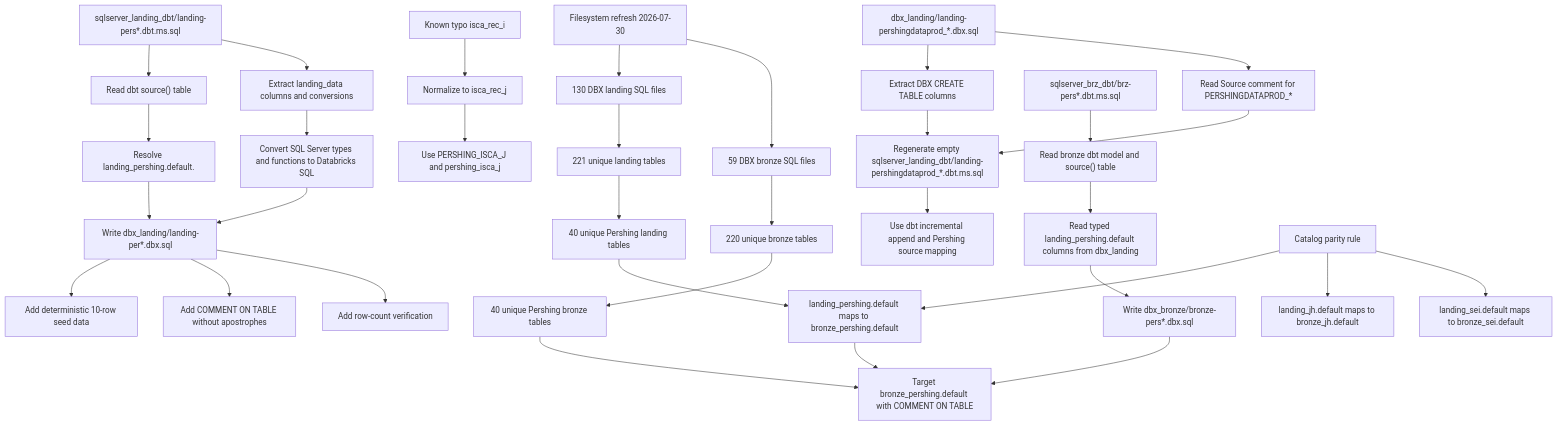
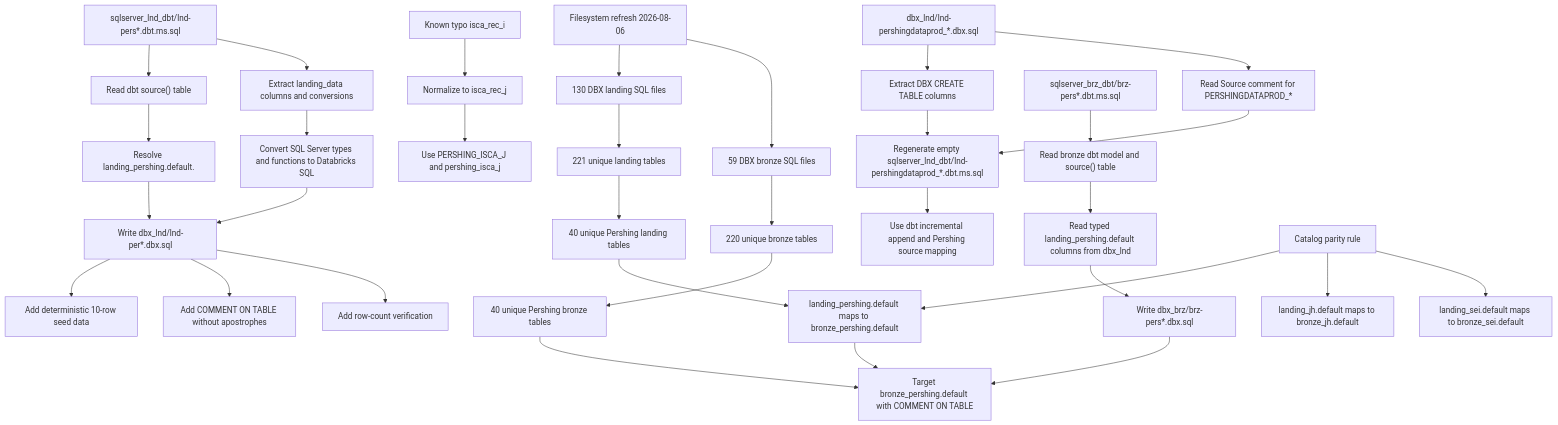
The first of 2 diagrams in README.md (enriqueescobar-it/bbank_dw), drawn with Mermaid before and after one commit. The commit also changed other lines of this file and 13 other files, not shown here.

````diff
--- a/README.md
+++ b/README.md
@@ -61,35 +63,35 @@
 ```mermaid
 flowchart TD
-    AA["Filesystem refresh 2026-07-30"] --> AB["130 DBX landing SQL files"]
+    AA["Filesystem refresh 2026-08-06"] --> AB["130 DBX landing SQL files"]
     AA --> AC["59 DBX bronze SQL files"]
     AB --> AD["221 unique landing tables"]
     AC --> AE["220 unique bronze tables"]
     AD --> AF["40 unique Pershing landing tables"]
     AE --> AG["40 unique Pershing bronze tables"]
-    A["sqlserver_landing_dbt/landing-pers*.dbt.ms.sql"] --> B["Read dbt source() table"]
+    A["sqlserver_lnd_dbt/lnd-pers*.dbt.ms.sql"] --> B["Read dbt source() table"]
     A --> C["Extract landing_data columns and conversions"]
     B --> D["Resolve landing_pershing.default.<source_table>"]
     C --> E["Convert SQL Server types and functions to Databricks SQL"]
-    D --> F["Write dbx_landing/landing-per*.dbx.sql"]
+    D --> F["Write dbx_lnd/lnd-per*.dbx.sql"]
     E --> F
     F --> G["Add deterministic 10-row seed data"]
     F --> H["Add COMMENT ON TABLE without apostrophes"]
     F --> I["Add row-count verification"]
     O["Known typo isca_rec_i"] --> P["Normalize to isca_rec_j"]
     P --> Q["Use PERSHING_ISCA_J and pershing_isca_j"]
-    J["dbx_landing/landing-pershingdataprod_*.dbx.sql"] --> K["Extract DBX CREATE TABLE columns"]
+    J["dbx_lnd/lnd-pershingdataprod_*.dbx.sql"] --> K["Extract DBX CREATE TABLE columns"]
     J --> L["Read Source comment for PERSHINGDATAPROD_*"]
-    K --> M["Regenerate empty sqlserver_landing_dbt/landing-pershingdataprod_*.dbt.ms.sql"]
+    K --> M["Regenerate empty sqlserver_lnd_dbt/lnd-pershingdataprod_*.dbt.ms.sql"]
     L --> M
     M --> N["Use dbt incremental append and Pershing source mapping"]
     R["sqlserver_brz_dbt/brz-pers*.dbt.ms.sql"] --> S["Read bronze dbt model and source() table"]
-    S --> T["Read typed landing_pershing.default columns from dbx_landing"]
-    T --> U["Write dbx_bronze/bronze-pers*.dbx.sql"]
+    S --> T["Read typed landing_pershing.default columns from dbx_lnd"]
+    T --> U["Write dbx_brz/brz-pers*.dbx.sql"]
     U --> V["Target bronze_pershing.default with COMMENT ON TABLE"]
     W["Catalog parity rule"] --> X["landing_pershing.default maps to bronze_pershing.default"]
     W --> Y["landing_jh.default maps to bronze_jh.default"]
     W --> Z["landing_sei.default maps to bronze_sei.default"]
     X --> V
     AF --> X
     AG --> V
 ```
````
